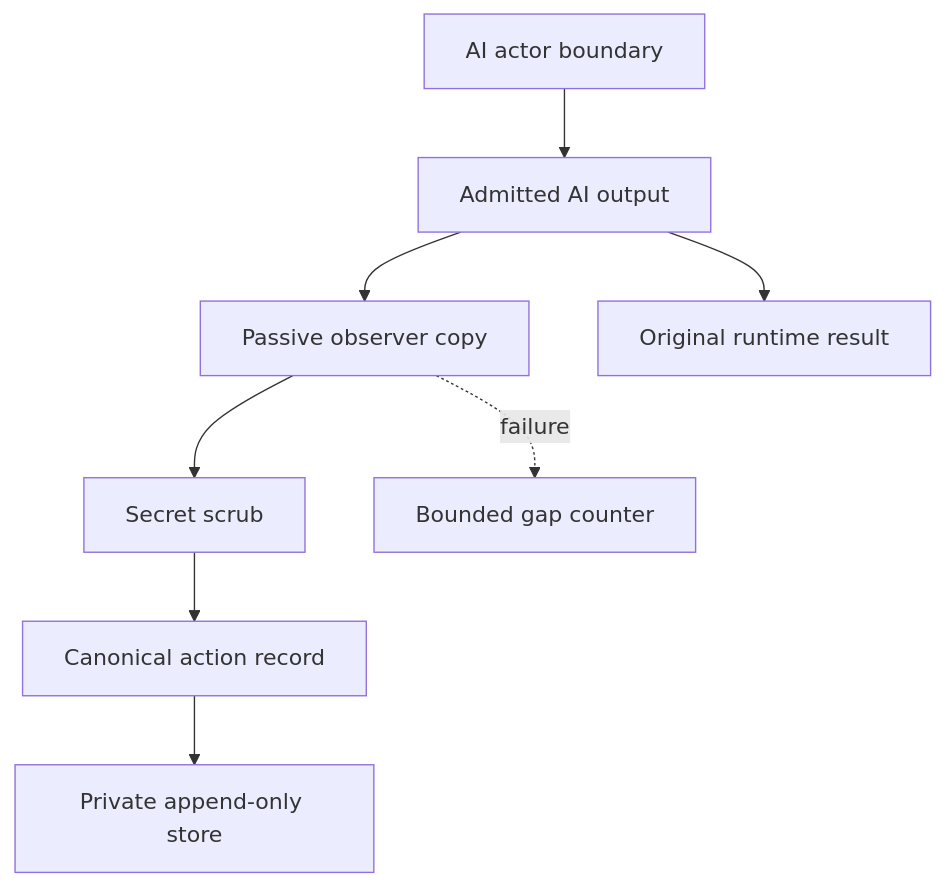
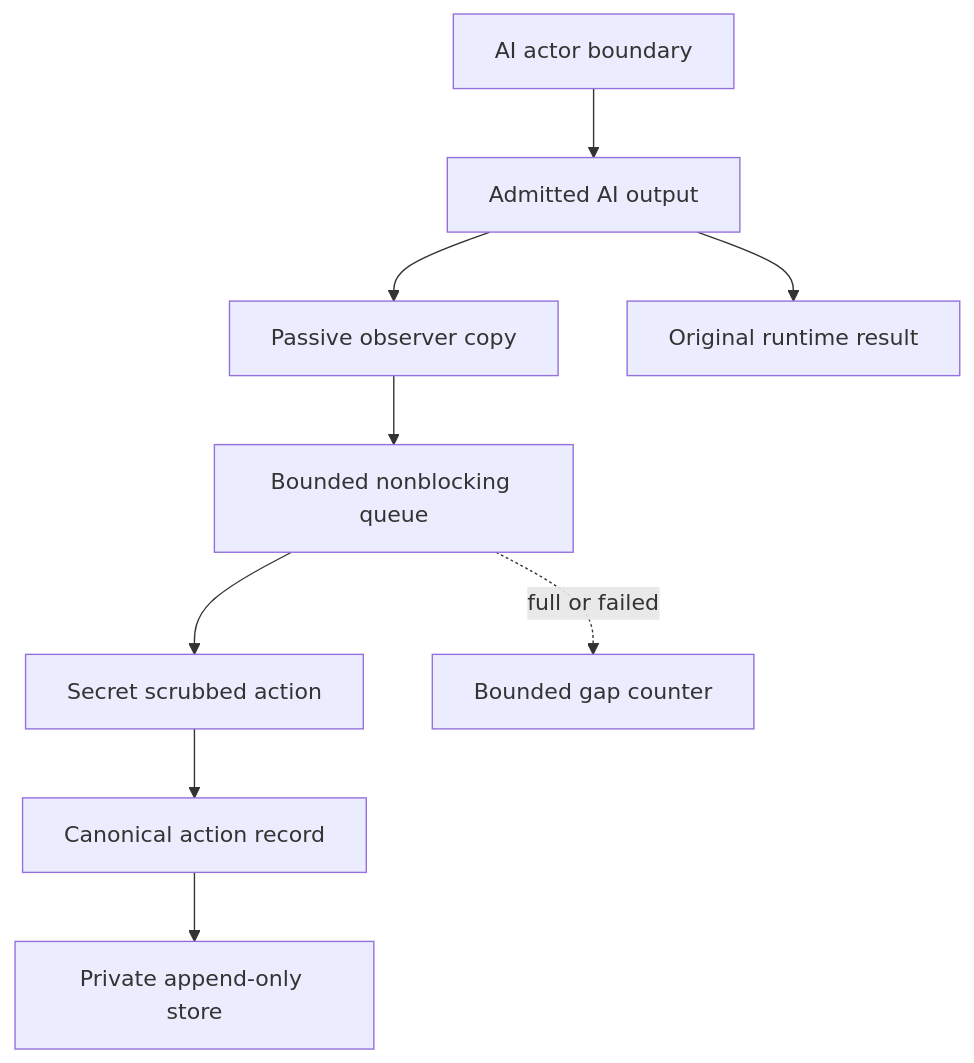
One commit to QSOLKCB/QSOL-NEXUS changed the diagram in docs/STENOGRAPHER.md. Above: the diagram before and after it, drawn with Mermaid. The commit also changed other lines of this file and 11 other files, not shown here.

````diff
--- a/docs/STENOGRAPHER.md
+++ b/docs/STENOGRAPHER.md
@@ -15,10 +15,11 @@
 ```mermaid
 flowchart TD
     A[AI actor boundary] --> B[Admitted AI output]
     B --> C[Passive observer copy]
-    C --> D[Secret scrub]
+    C --> Q[Bounded nonblocking queue]
+    Q --> D[Secret scrubbed action]
     D --> E[Canonical action record]
     E --> F[Private append-only store]
-    C -. failure .-> G[Bounded gap counter]
+    Q -. full or failed .-> G[Bounded gap counter]
     B --> H[Original runtime result]
 ```
````
